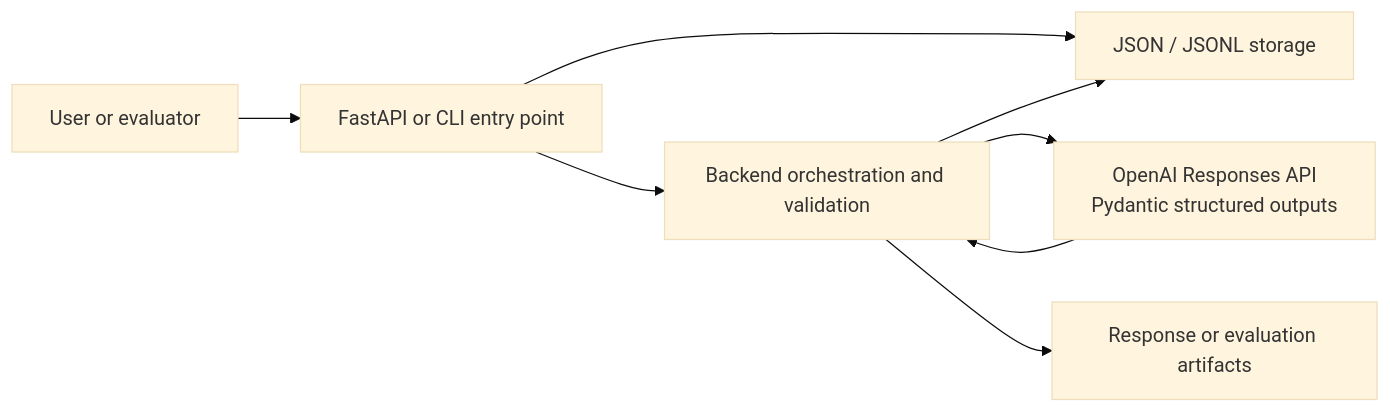
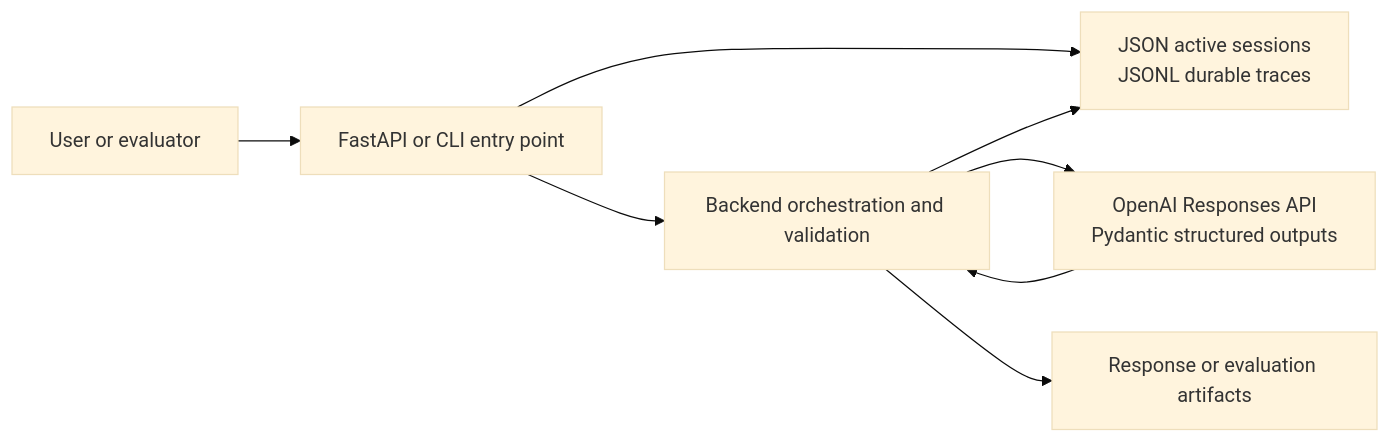
The first of 5 diagrams in docs/architecture.md (xlu-agentic-systems/agentic-system-lab), drawn with Mermaid (base theme) before and after one commit. The commit also changed other lines of this file and 9 other files, not shown here.

````diff
--- a/docs/architecture.md
+++ b/docs/architecture.md
@@ -35,17 +35,17 @@
 ```mermaid
 flowchart LR
     User["User or evaluator"]
     API["FastAPI or CLI entry point"]
-    Store["JSON / JSONL storage"]
+    Store["JSON active sessions\nJSONL durable traces"]
     Backend["Backend orchestration and validation"]
     LLM["OpenAI Responses API\nPydantic structured outputs"]
     Artifacts["Response or evaluation artifacts"]
 
     User --> API
     API --> Store
     API --> Backend
     Backend --> LLM
     LLM --> Backend
     Backend --> Store
     Backend --> Artifacts
 ```
````
